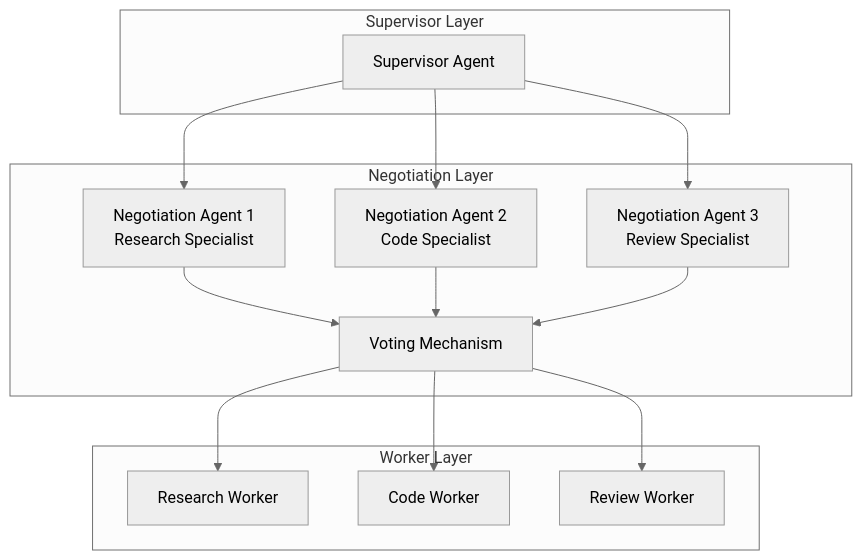
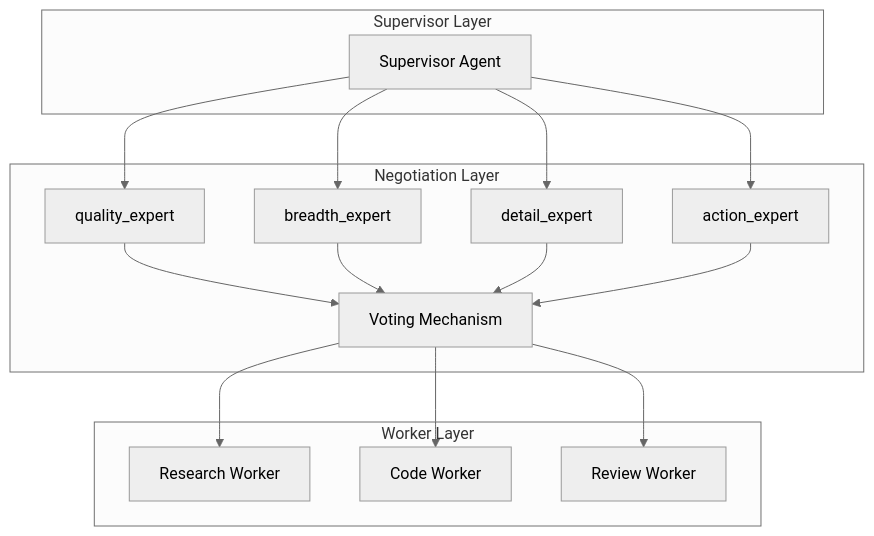
One commit to xiangbianpangde/mas-evolution-test changed the diagram in README.md. Above: the diagram before and after it, drawn with Mermaid (neutral theme). The commit also changed other lines of this file, not shown here.

Commit message:
[v3.0] [Score: 97.0] Update README - Gen300 Multi-Agent Negotiation Champion

````diff
--- a/README.md
+++ b/README.md
@@ -17,29 +16,32 @@
 ```mermaid
 graph TB
     subgraph "Supervisor Layer"
         S[Supervisor Agent]
     end
     
     subgraph "Negotiation Layer"
-        N1[Negotiation Agent 1<br/>Research Specialist]
-        N2[Negotiation Agent 2<br/>Code Specialist]
-        N3[Negotiation Agent 3<br/>Review Specialist]
+        Q1[quality_expert]
+        Q2[breadth_expert]
+        Q3[detail_expert]
+        Q4[action_expert]
         V[Voting Mechanism]
     end
     
     subgraph "Worker Layer"
         W1[Research Worker]
         W2[Code Worker]
         W3[Review Worker]
     end
     
-    S --> N1
-    S --> N2
-    S --> N3
-    N1 --> V
-    N2 --> V
-    N3 --> V
+    S --> Q1
+    S --> Q2
+    S --> Q3
+    S --> Q4
+    Q1 --> V
+    Q2 --> V
+    Q3 --> V
+    Q4 --> V
     V --> W1
     V --> W2
     V --> W3
 ```
````
